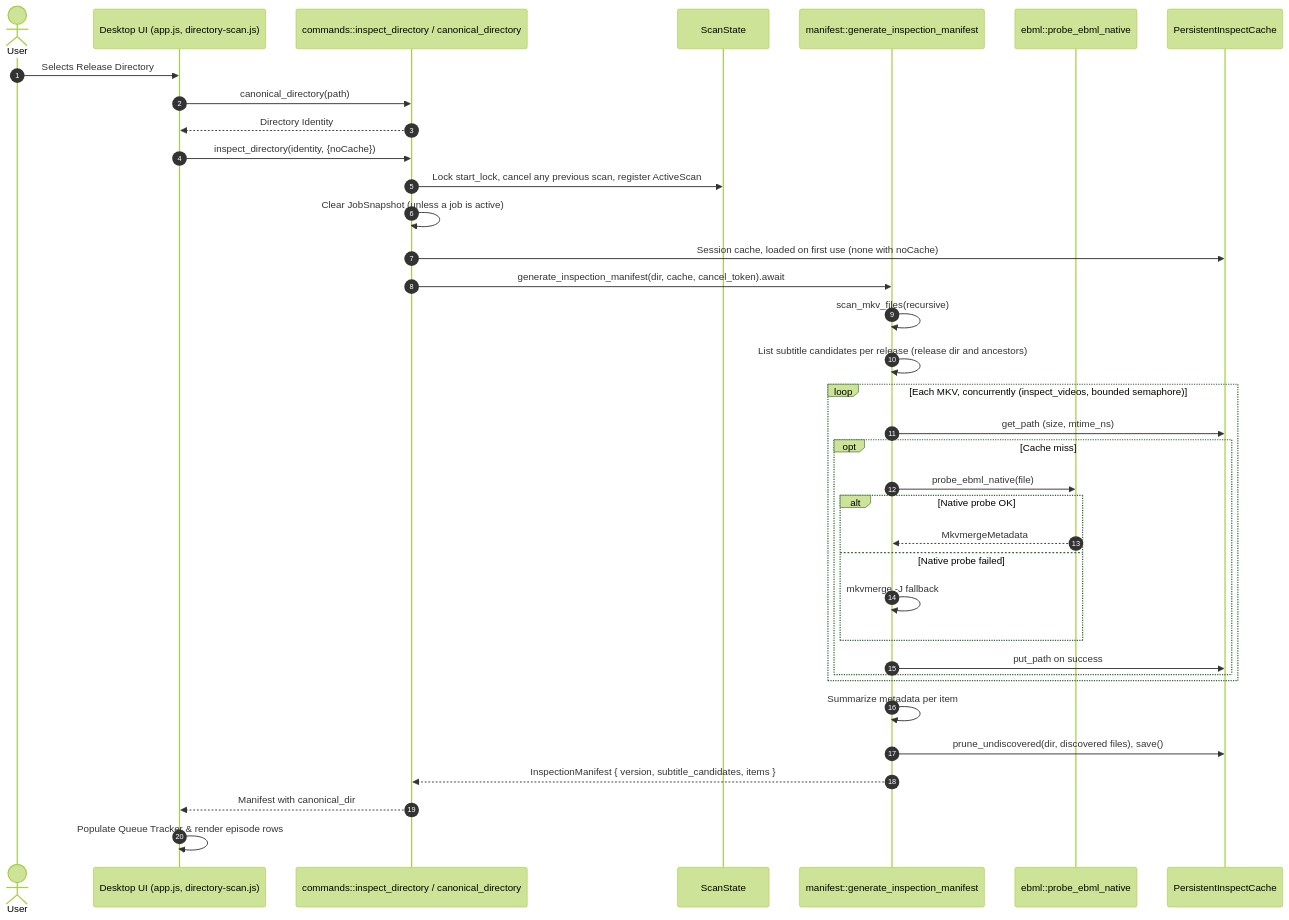
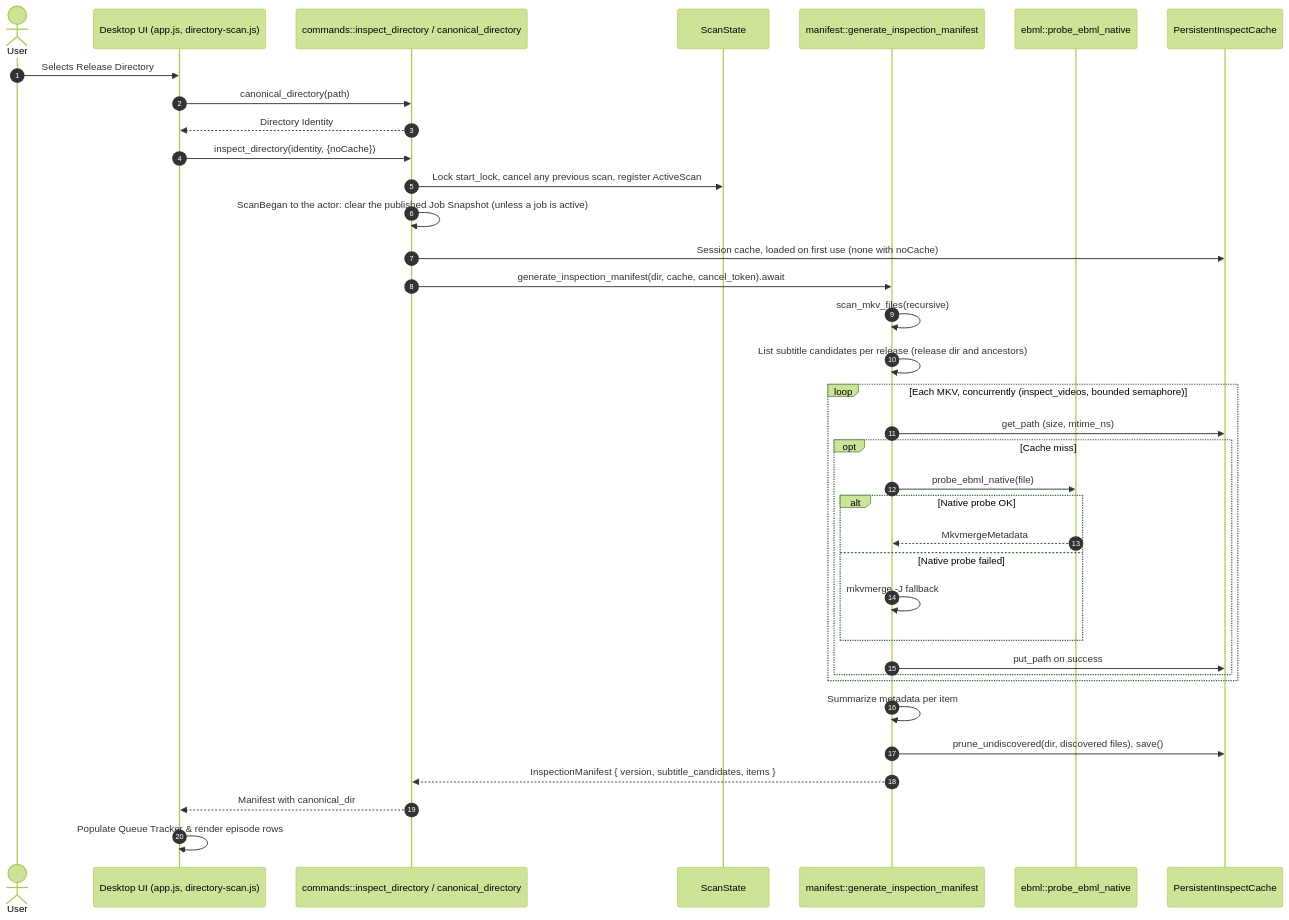
The seventh of 8 diagrams in architecture.md (Si-Forces/mkvanimebatch), drawn with Mermaid (forest theme) before and after one commit. The commit also changed other lines of this file and 13 other files, not shown here.

````diff
--- a/architecture.md
+++ b/architecture.md
@@ -644,39 +649,39 @@
 ```mermaid
 sequenceDiagram
     autonumber
     actor User
     participant UI as Desktop UI (app.js, directory-scan.js)
     participant Cmd as commands::inspect_directory / canonical_directory
     participant Scan as ScanState
     participant Core as manifest::generate_inspection_manifest
     participant EBML as ebml::probe_ebml_native
     participant Cache as PersistentInspectCache
 
     User->>UI: Selects Release Directory
     UI->>Cmd: canonical_directory(path)
     Cmd-->>UI: Directory Identity
     UI->>Cmd: inspect_directory(identity, {noCache})
     Cmd->>Scan: Lock start_lock, cancel any previous scan, register ActiveScan
-    Cmd->>Cmd: Clear JobSnapshot (unless a job is active)
+    Cmd->>Cmd: ScanBegan to the actor: clear the published Job Snapshot (unless a job is active)
     Cmd->>Cache: Session cache, loaded on first use (none with noCache)
     Cmd->>Core: generate_inspection_manifest(dir, cache, cancel_token).await
     Core->>Core: scan_mkv_files(recursive)
     Core->>Core: List subtitle candidates per release (release dir and ancestors)
     loop Each MKV, concurrently (inspect_videos, bounded semaphore)
         Core->>Cache: get_path (size, mtime_ns)
         opt Cache miss
             Core->>EBML: probe_ebml_native(file)
             alt Native probe OK
                 EBML-->>Core: MkvmergeMetadata
             else Native probe failed
                 Core->>Core: mkvmerge -J fallback
             end
             Core->>Cache: put_path on success
         end
     end
     Core->>Core: Summarize metadata per item
     Core->>Cache: prune_undiscovered(dir, discovered files), save()
     Core-->>Cmd: InspectionManifest { version, subtitle_candidates, items }
     Cmd-->>UI: Manifest with canonical_dir
     UI->>UI: Populate Queue Tracker & render episode rows
 ```
````
